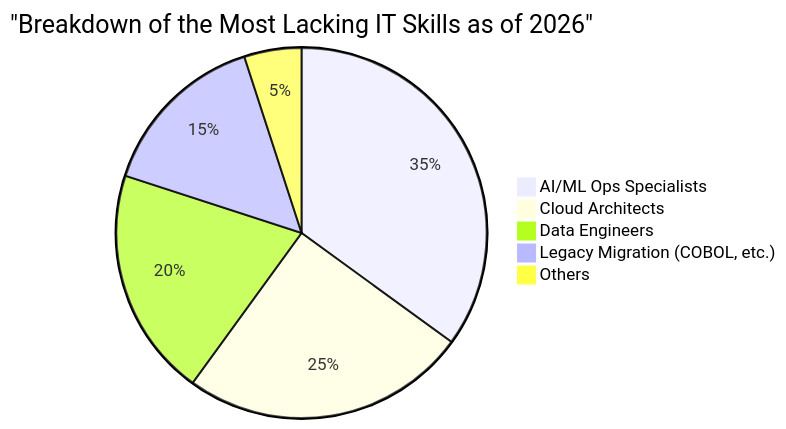
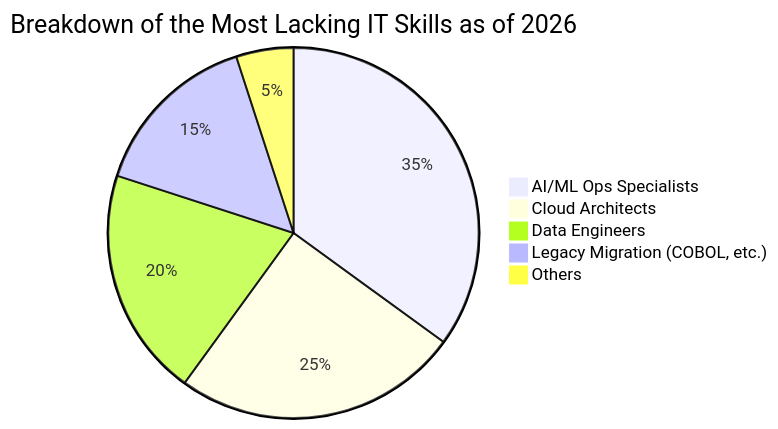
The second of 4 diagrams in content/post/it_talent_shortage_2026/index.en.md (kenjinote/blog), drawn with Mermaid before and after one commit. The commit also changed other lines of this file and 703 other files, not shown here.

Commit message:
Fix: Remove quotes from Mermaid link texts and timeline definitions to support Mermaid 11.4.1

````diff
--- a/content/post/it_talent_shortage_2026/index.en.md
+++ b/content/post/it_talent_shortage_2026/index.en.md
@@ -77,8 +77,8 @@
 ```mermaid
-pie title "Breakdown of the Most Lacking IT Skills as of 2026"
+pie title Breakdown of the Most Lacking IT Skills as of 2026
     "AI/ML Ops Specialists" : 35
     "Cloud Architects" : 25
     "Data Engineers" : 20
     "Legacy Migration (COBOL, etc.)" : 15
     "Others" : 5
 ```
````
